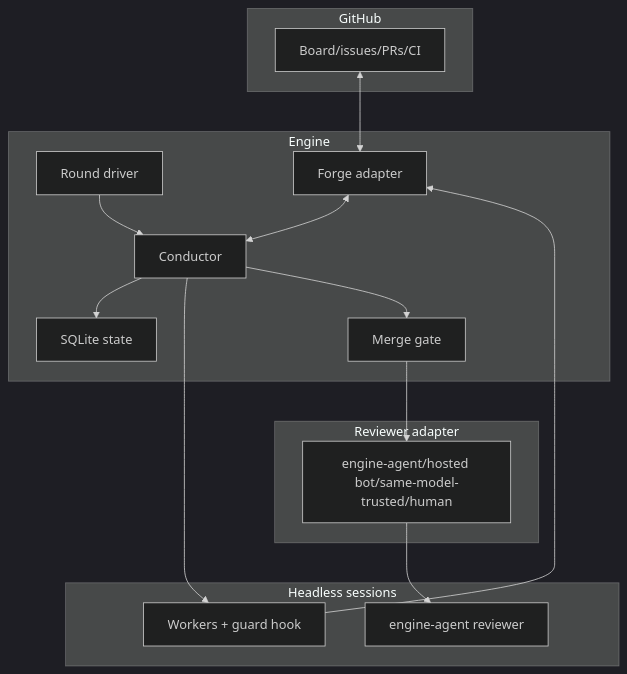
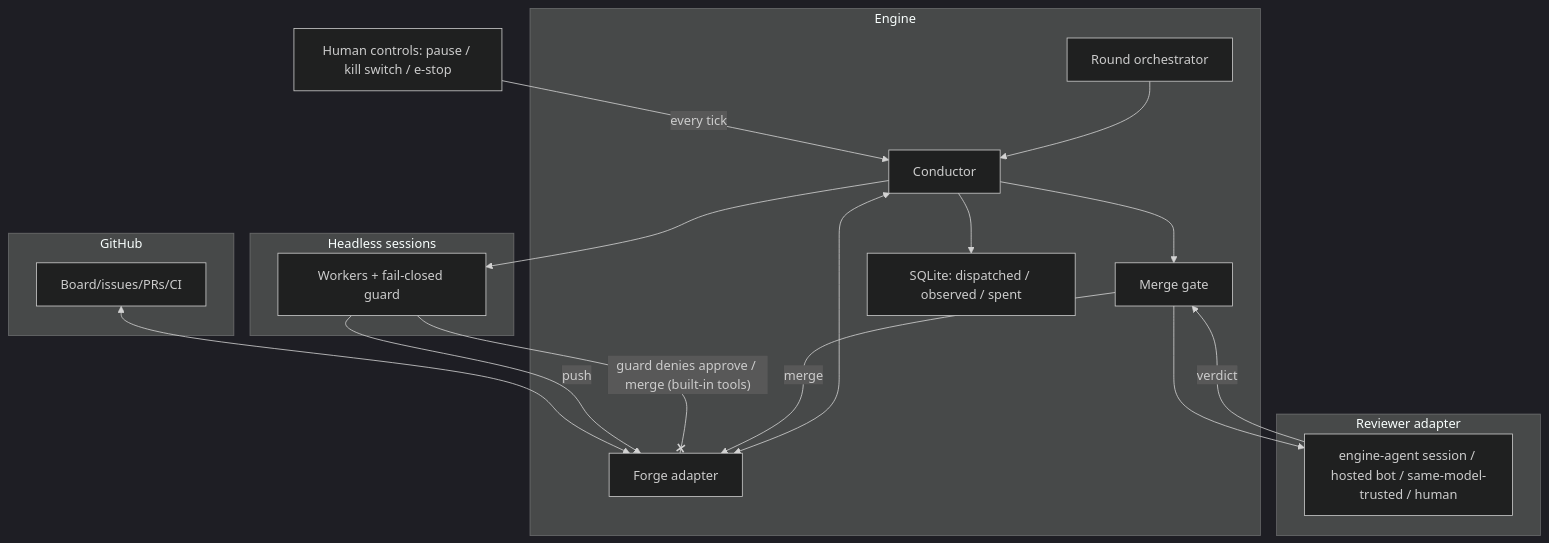
One commit to herehigher/sapwood changed the diagram in docs/assets/architecture.mmd. Above: the diagram before and after it, drawn with Mermaid (dark theme). The commit also changed 10 other files, not shown here.

First line of the commit message:
docs(readme): governance-visible diagrams — hero lanes + gate, architecture controls/verdict, round loop replaces worker-lifecycle (#1146) (#1151)

```diff
--- a/docs/assets/architecture.mmd
+++ b/docs/assets/architecture.mmd
@@ -1,27 +1,30 @@
 flowchart TB
+HC["Human controls: pause / kill switch / e-stop"]
 subgraph L1["GitHub"]
 GH["Board/issues/PRs/CI"]
 end
 subgraph L2["Engine"]
-RD["Round driver"]
+RO["Round orchestrator"]
 CD["Conductor"]
 MG["Merge gate"]
-ST["SQLite state"]
+ST["SQLite: dispatched / observed / spent"]
 FA["Forge adapter"]
 end
 subgraph L3["Headless sessions"]
-WK["Workers + guard hook"]
-ER["engine-agent reviewer"]
+WK["Workers + fail-closed guard"]
 end
 subgraph L4["Reviewer adapter"]
-RA["engine-agent/hosted bot/same-model-trusted/human"]
+RA["engine-agent session / hosted bot / same-model-trusted / human"]
 end
 GH <--> FA
 FA <--> CD
-RD --> CD
+HC -->|"every tick"| CD
+RO --> CD
 CD --> ST
 CD --> WK
-WK --> FA
+WK -->|push| FA
+WK -- "guard denies approve / merge (built-in tools)" --x FA
 CD --> MG
 MG --> RA
-RA --> ER
+RA -->|verdict| MG
+MG -->|merge| FA
```
